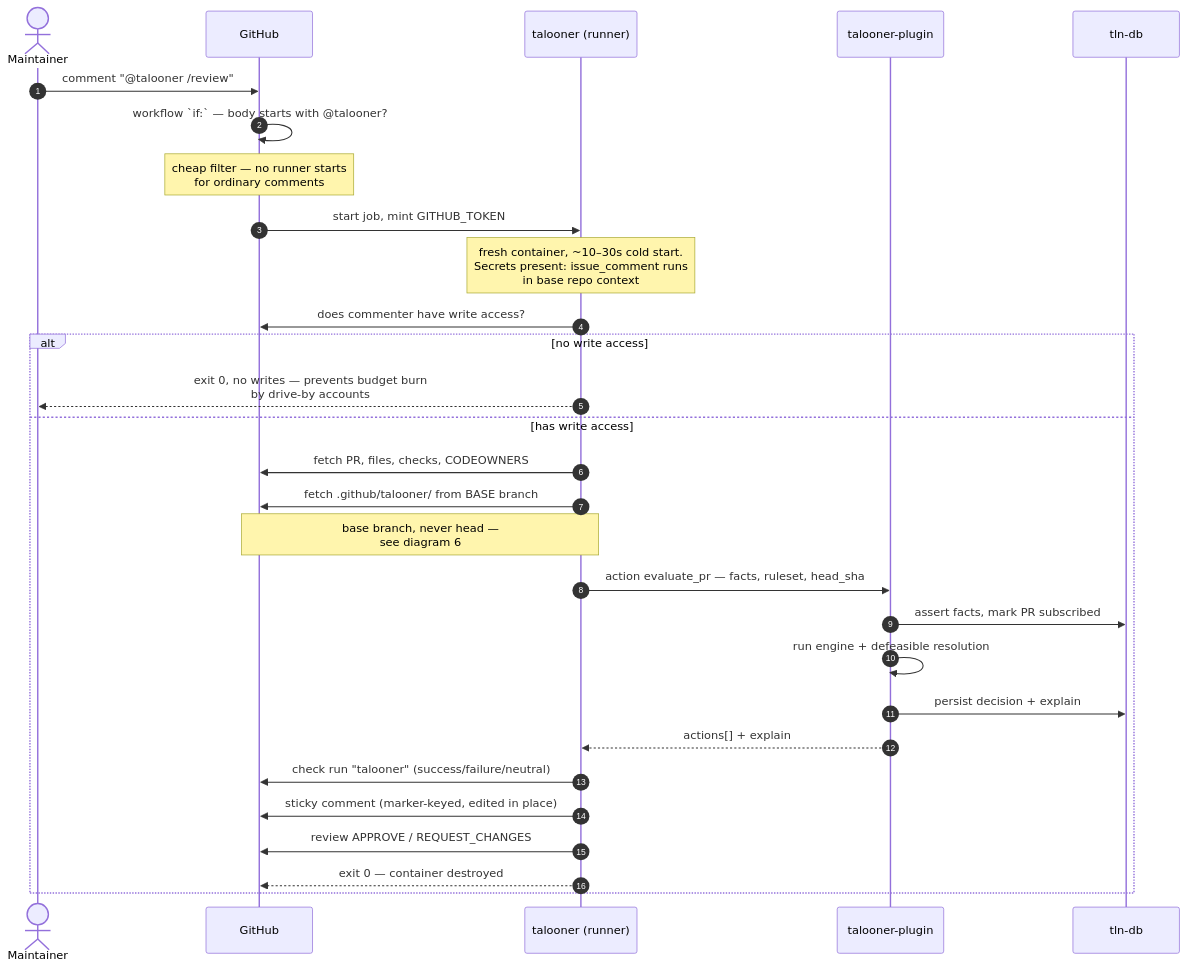
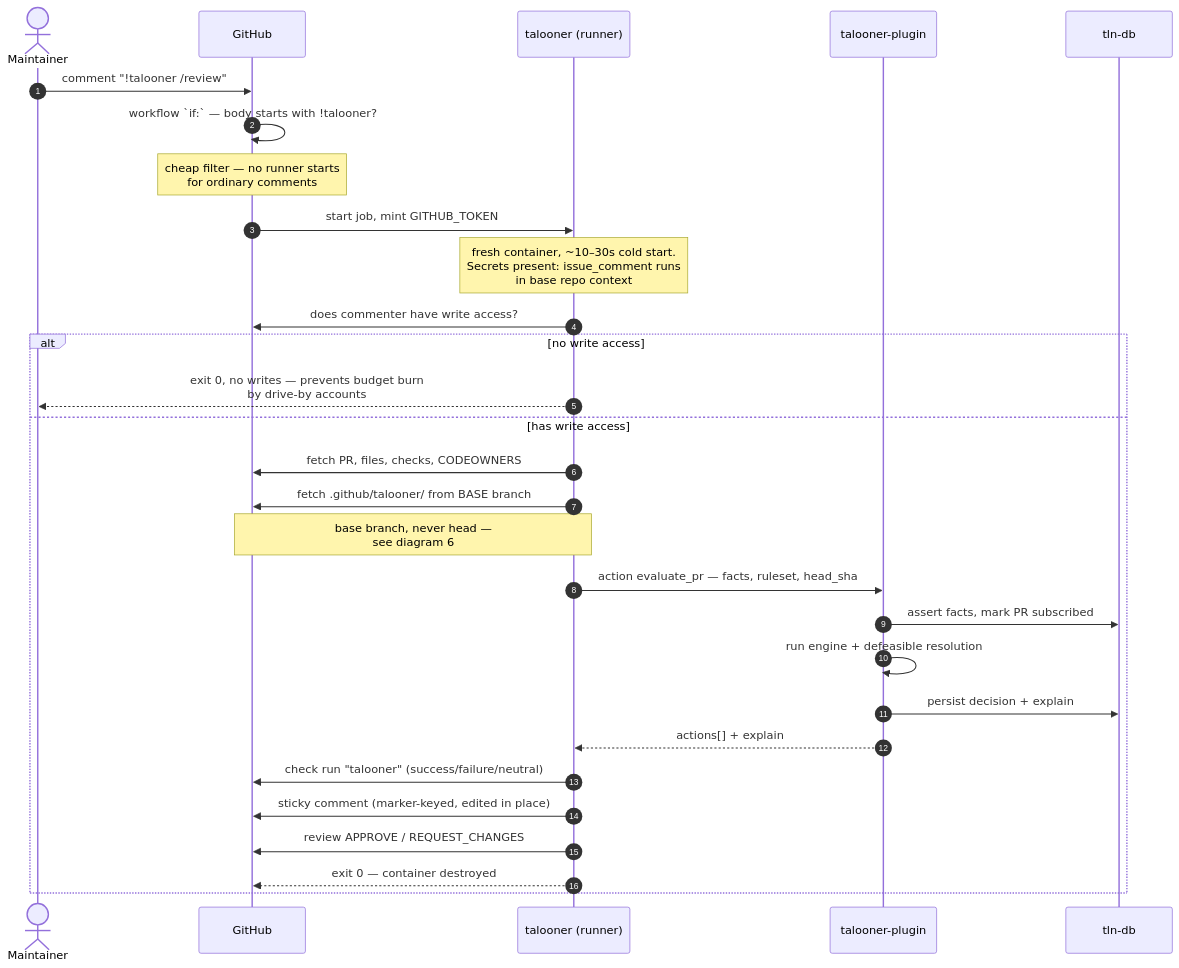
The fourth of 10 diagrams in docs/diagrams.md (opentalon/talooner), drawn with Mermaid before and after one commit. The commit also changed other lines of this file and 14 other files, not shown here.

````diff
--- a/docs/diagrams.md
+++ b/docs/diagrams.md
@@ -209,35 +209,35 @@
 ```mermaid
 sequenceDiagram
     autonumber
     actor Dev as Maintainer
     participant GH as GitHub
     participant Bot as talooner (runner)
     participant Plug as talooner-plugin
     participant DB as tln-db
 
-    Dev->>GH: comment "@talooner /review"
-    GH->>GH: workflow `if:` — body starts with @talooner?
+    Dev->>GH: comment "!talooner /review"
+    GH->>GH: workflow `if:` — body starts with !talooner?
     Note over GH: cheap filter — no runner starts<br/>for ordinary comments
     GH->>Bot: start job, mint GITHUB_TOKEN
     Note over Bot: fresh container, ~10–30s cold start.<br/>Secrets present: issue_comment runs<br/>in base repo context
 
     Bot->>GH: does commenter have write access?
     alt no write access
         Bot-->>Dev: exit 0, no writes — prevents budget burn<br/>by drive-by accounts
     else has write access
         Bot->>GH: fetch PR, files, checks, CODEOWNERS
         Bot->>GH: fetch .github/talooner/ from BASE branch
         Note over Bot,GH: base branch, never head —<br/>see diagram 6
 
         Bot->>Plug: action evaluate_pr — facts, ruleset, head_sha
         Plug->>DB: assert facts, mark PR subscribed
         Plug->>Plug: run engine + defeasible resolution
         Plug->>DB: persist decision + explain
         Plug-->>Bot: actions[] + explain
 
         Bot->>GH: check run "talooner" (success/failure/neutral)
         Bot->>GH: sticky comment (marker-keyed, edited in place)
         Bot->>GH: review APPROVE / REQUEST_CHANGES
         Bot-->>GH: exit 0 — container destroyed
     end
 ```
````
